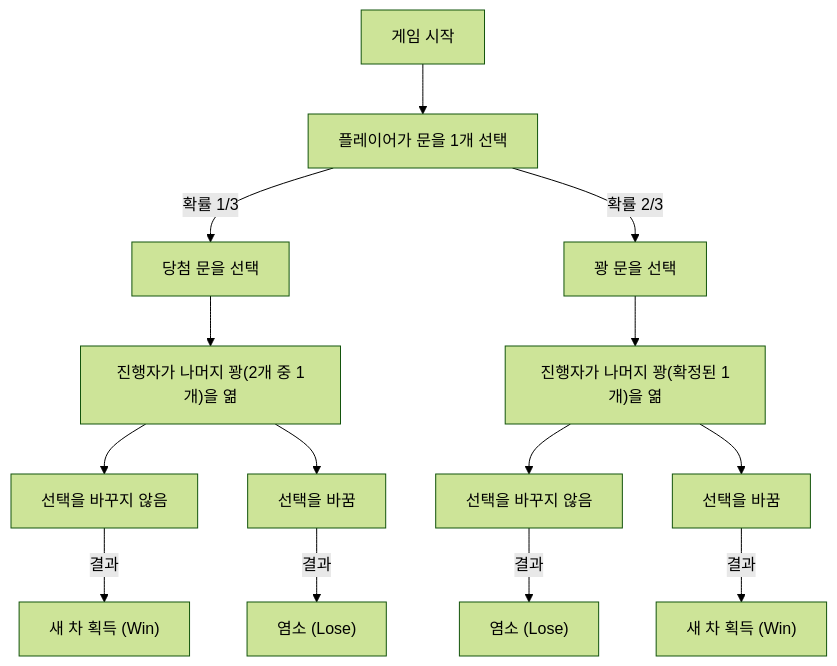
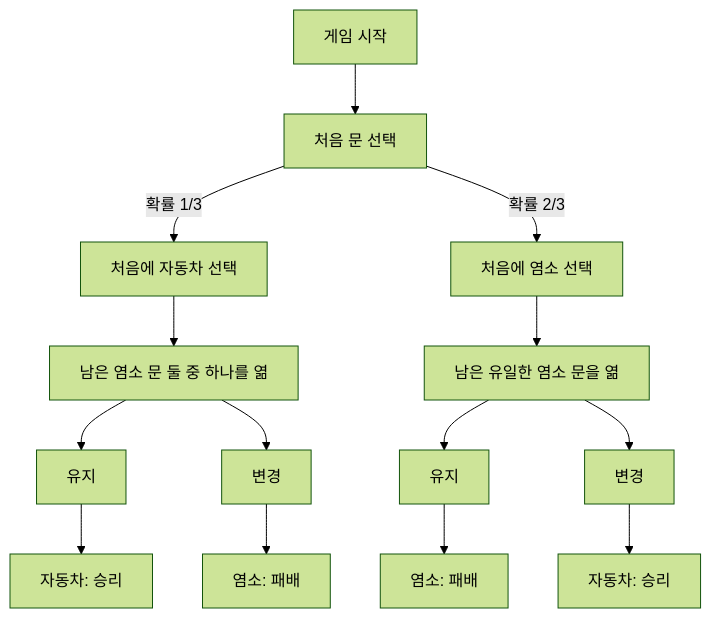
One commit to kenjinote/blog changed the first of 2 diagrams in content/post/paradox-monty-hall-problem/index.ko.md. Above: the diagram before and after it, drawn with Mermaid (forest theme). The commit also changed other lines of this file and 8 other files, not shown here.

````diff
--- a/content/post/paradox-monty-hall-problem/index.ko.md
+++ b/content/post/paradox-monty-hall-problem/index.ko.md
@@ -97,21 +53,16 @@
 ```mermaid
 flowchart TD
-    Start["게임 시작"] --> Choose["플레이어가 문을 1개 선택"]
-    Choose -- "확률 1/3" --> ChooseCar["당첨 문을 선택"]
-    Choose -- "확률 2/3" --> ChooseGoat["꽝 문을 선택"]
-    
-    ChooseCar --> MontyOpensGoat1["진행자가 나머지 꽝(2개 중 1개)을 엶"]
-    ChooseGoat --> MontyOpensGoat2["진행자가 나머지 꽝(확정된 1개)을 엶"]
-    
-    MontyOpensGoat1 --> Stay1["선택을 바꾸지 않음"]
-    MontyOpensGoat1 --> Switch1["선택을 바꿈"]
-    
-    MontyOpensGoat2 --> Stay2["선택을 바꾸지 않음"]
-    MontyOpensGoat2 --> Switch2["선택을 바꿈"]
-    
-    Stay1 -- "결과" --> Win1["새 차 획득 (Win)"]
-    Switch1 -- "결과" --> Lose1["염소 (Lose)"]
-    
-    Stay2 -- "결과" --> Lose2["염소 (Lose)"]
-    Switch2 -- "결과" --> Win2["새 차 획득 (Win)"]
+    Start["게임 시작"] --> Choose["처음 문 선택"]
+    Choose -- "확률 1/3" --> ChooseCar["처음에 자동차 선택"]
+    Choose -- "확률 2/3" --> ChooseGoat["처음에 염소 선택"]
+    ChooseCar --> MontyOpensGoat1["남은 염소 문 둘 중 하나를 엶"]
+    ChooseGoat --> MontyOpensGoat2["남은 유일한 염소 문을 엶"]
+    MontyOpensGoat1 --> Stay1["유지"]
+    MontyOpensGoat1 --> Switch1["변경"]
+    MontyOpensGoat2 --> Stay2["유지"]
+    MontyOpensGoat2 --> Switch2["변경"]
+    Stay1 --> Win1["자동차: 승리"]
+    Switch1 --> Lose1["염소: 패배"]
+    Stay2 --> Lose2["염소: 패배"]
+    Switch2 --> Win2["자동차: 승리"]
 ```
````
